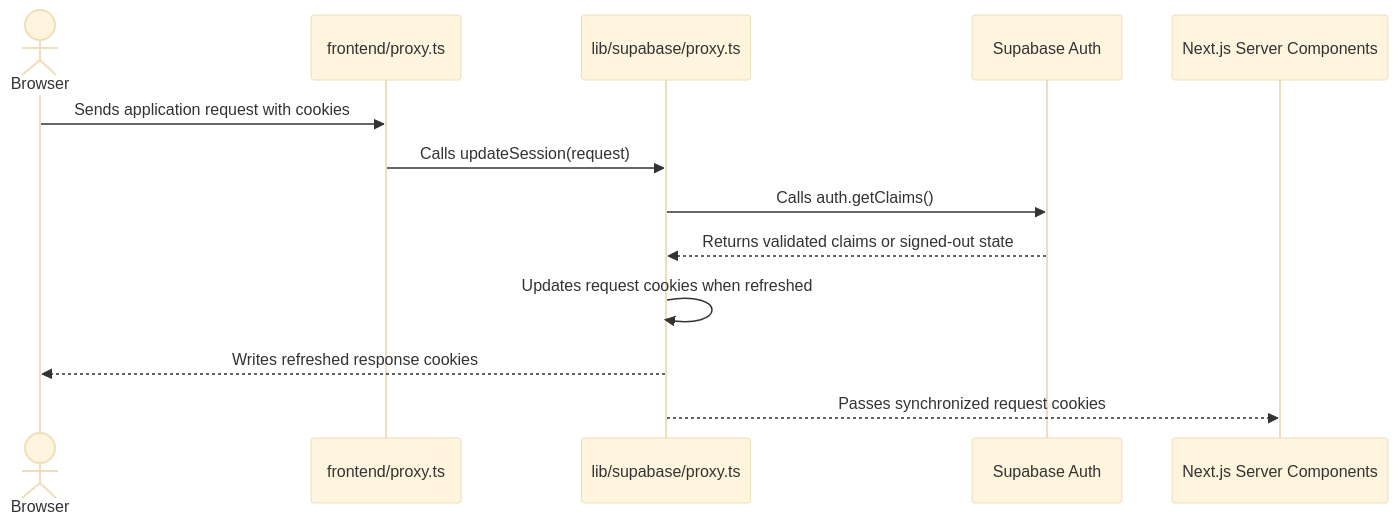
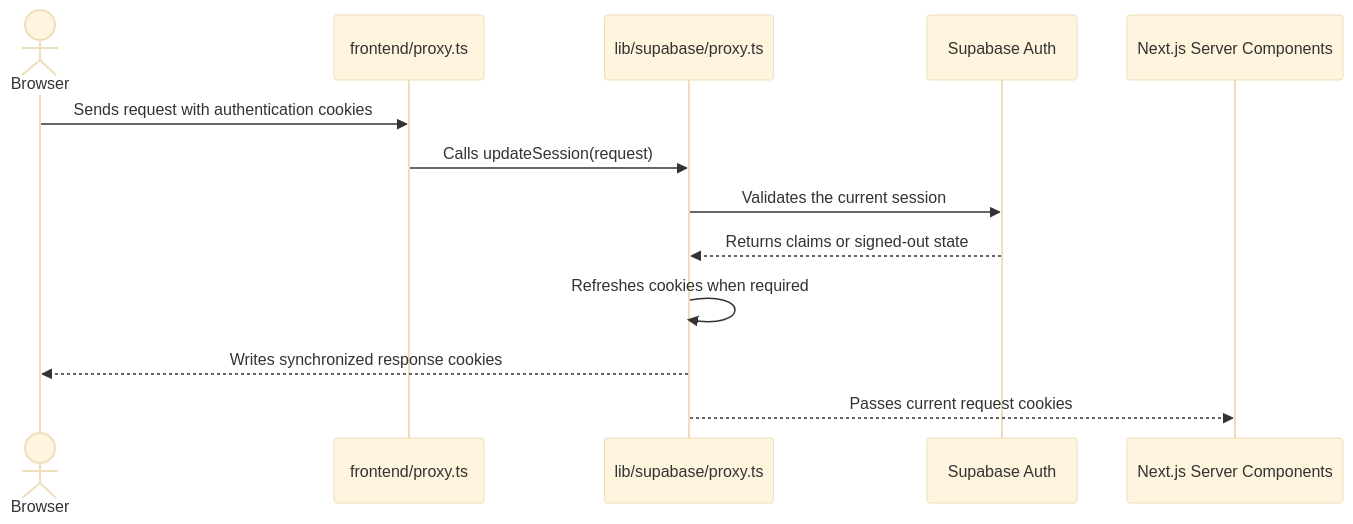
One commit to jianna-acc/stsp-capstone changed diagram 11 of 31 in docs/ARCHITECTURE.md. Above: the diagram before and after it, drawn with Mermaid (base theme). The commit also changed other lines of this file and 29 other files, not shown here.

````diff
--- a/docs/ARCHITECTURE.md
+++ b/docs/ARCHITECTURE.md
@@ -552,16 +464,16 @@
 ```mermaid
 sequenceDiagram
     actor Browser
     participant Proxy as frontend/proxy.ts
     participant Session as lib/supabase/proxy.ts
     participant Auth as Supabase Auth
     participant Server as Next.js Server Components
 
-    Browser->>Proxy: Sends application request with cookies
+    Browser->>Proxy: Sends request with authentication cookies
     Proxy->>Session: Calls updateSession(request)
-    Session->>Auth: Calls auth.getClaims()
-    Auth-->>Session: Returns validated claims or signed-out state
-    Session->>Session: Updates request cookies when refreshed
-    Session-->>Browser: Writes refreshed response cookies
-    Session-->>Server: Passes synchronized request cookies
+    Session->>Auth: Validates the current session
+    Auth-->>Session: Returns claims or signed-out state
+    Session->>Session: Refreshes cookies when required
+    Session-->>Browser: Writes synchronized response cookies
+    Session-->>Server: Passes current request cookies
 ```
````
